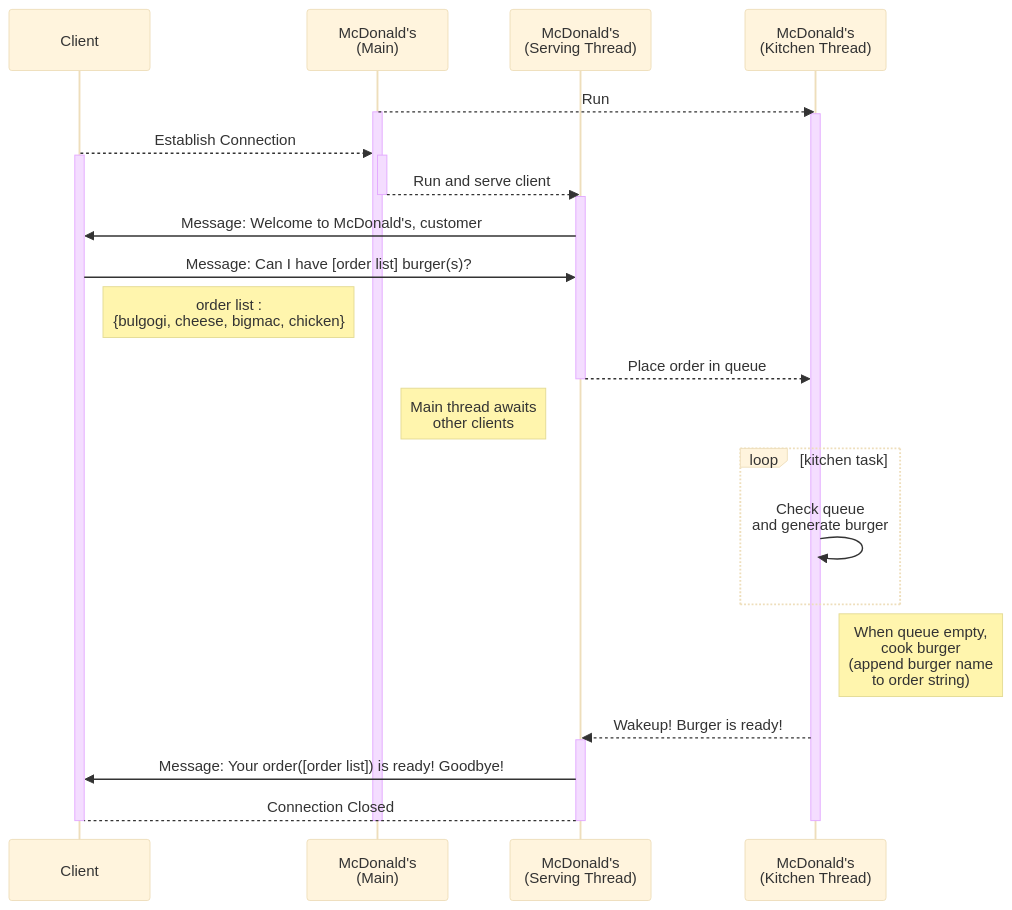
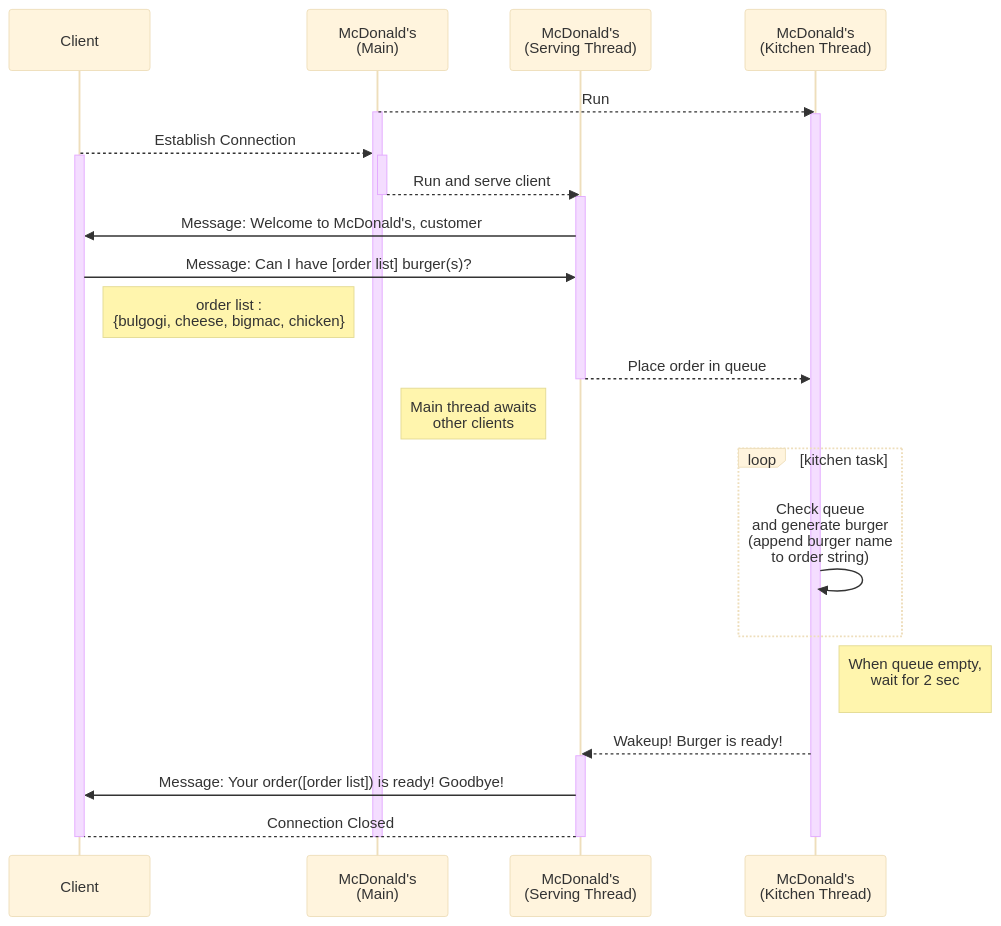
The diagram in README.md (SNU-ARC/2024_spring_sysprog_Lab5), drawn with Mermaid (base theme) before and after one commit.

````diff
--- a/README.md
+++ b/README.md
@@ -170,34 +170,34 @@
 ```mermaid
 sequenceDiagram
     participant C as Client
     participant M as McDonald's<br>(Main)
     participant S as McDonald's<br>(Serving Thread)
     participant K as McDonald's<br>(Kitchen Thread)
     M-->>K: Run
     Activate M
     Activate K
     C-->>M: Establish Connection
     Activate M
     Activate C
     M-->>S: Run and serve client
     Activate S
     Deactivate M
     S->>C: Message: Welcome to McDonald's, customer #xx
     C->>S: Message: Can I have [order list] burger(s)?             
     Note right of C : order list :<br> {bulgogi, cheese, bigmac, chicken}
     S-->>K: Place order in queue
     Deactivate S
     Note right of M: Main thread awaits<br>other clients
     loop kitchen task
-      K->>K: Check queue <br> and generate burger
+      K->>K: Check queue <br> and generate burger<br>(append burger name<br>to order string)
     end
-    Note right of K: When queue empty,<br>cook burger<br>(append burger name<br>to order string)
+    Note right of K: When queue empty,<br>wait for 2 sec<br>
     K-->>S: Wakeup! Burger is ready!
     Activate S
     S->>C: Message: Your order([order list]) is ready! Goodbye!        
     S-->C: Connection Closed
     Deactivate C
     Deactivate K
     Deactivate S
     Deactivate M
 ```
````
